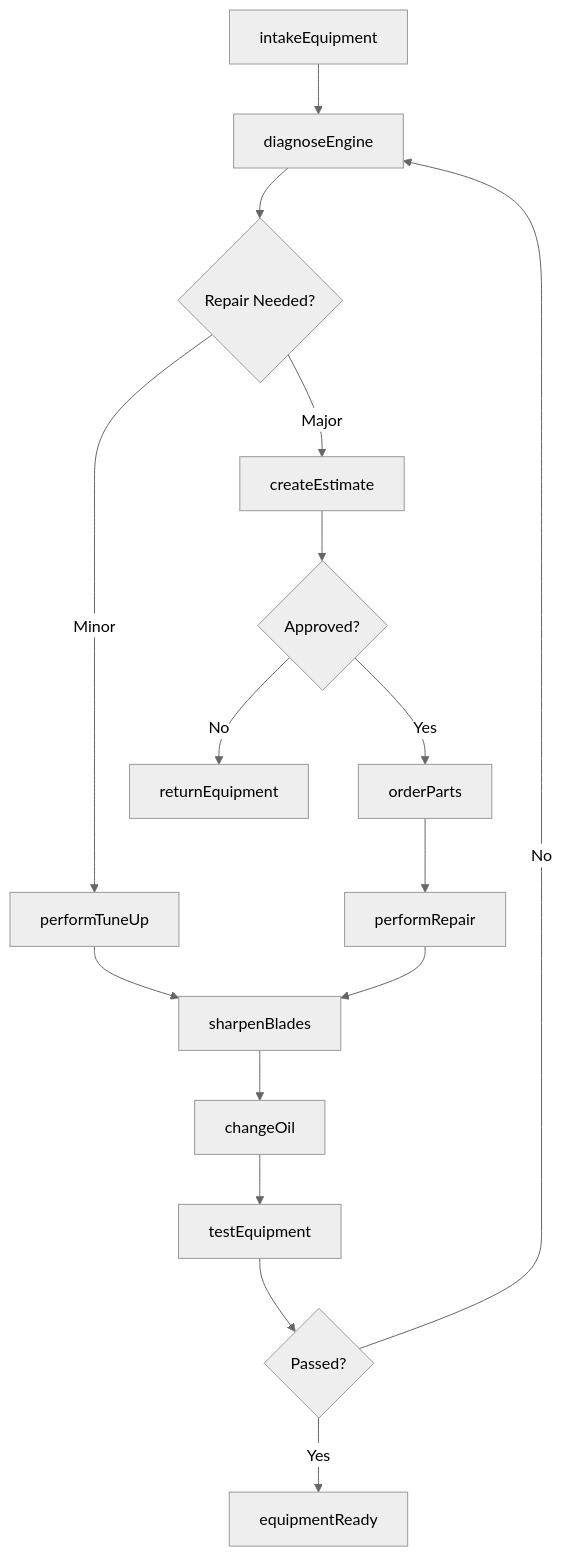
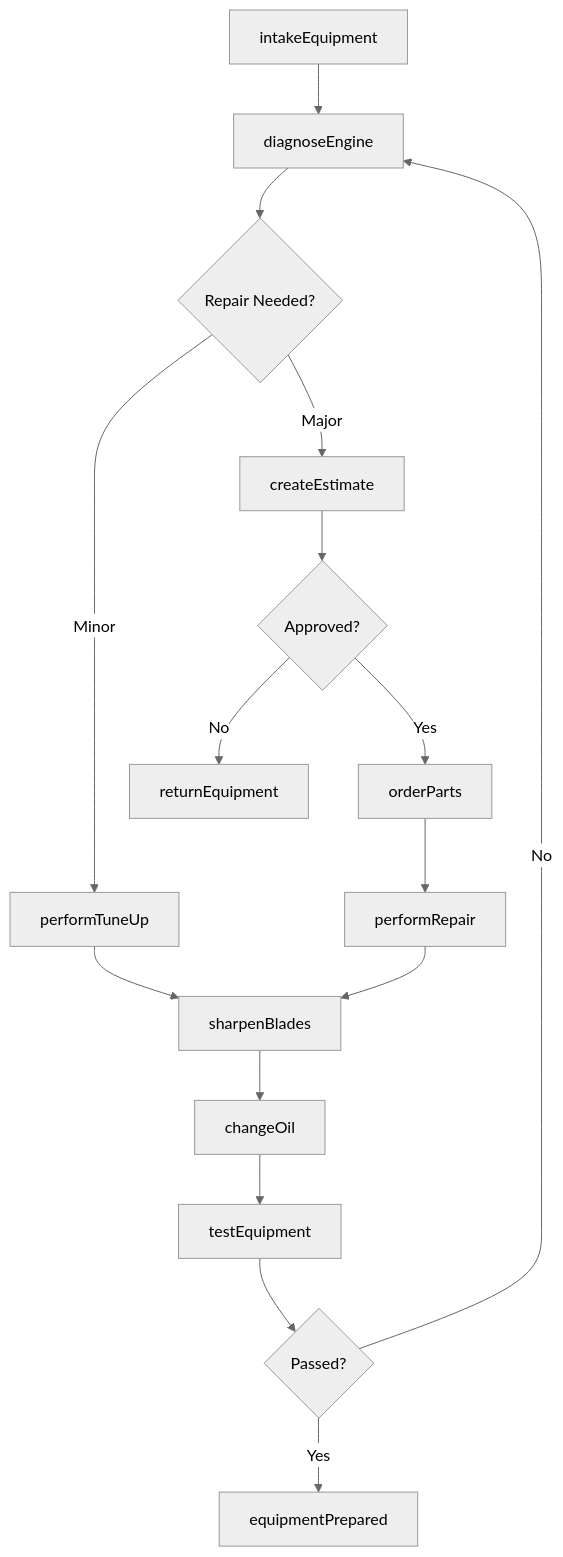
One commit to dot-org-ai/industries.org.ai changed the first of 2 diagrams in OtherServices/RepairAndMaintenance/PersonalAndHouseholdGoodsRepairAndMaintenance/HomeAndGardenEquipmentRepairAndMaintenance.mdx. Above: the diagram before and after it, drawn with Mermaid (neutral theme). The commit also changed other lines of this file and 588 other files, not shown here.

````diff
--- a/OtherServices/RepairAndMaintenance/PersonalAndHouseholdGoodsRepairAndMaintenance/HomeAndGardenEquipmentRepairAndMaintenance.mdx
+++ b/OtherServices/RepairAndMaintenance/PersonalAndHouseholdGoodsRepairAndMaintenance/HomeAndGardenEquipmentRepairAndMaintenance.mdx
@@ -105,18 +105,18 @@
 ```mermaid
 graph TD
     A[intakeEquipment] --> B[diagnoseEngine]
     B --> C{Repair Needed?}
     C -->|Minor| D[performTuneUp]
     C -->|Major| E[createEstimate]
     E --> F{Approved?}
     F -->|Yes| G[orderParts]
     F -->|No| H[returnEquipment]
     G --> I[performRepair]
     D --> J[sharpenBlades]
     I --> J
     J --> K[changeOil]
     K --> L[testEquipment]
     L --> M{Passed?}
-    M -->|Yes| N[equipmentReady]
+    M -->|Yes| N[equipmentPrepared]
     M -->|No| B
 ```
````
